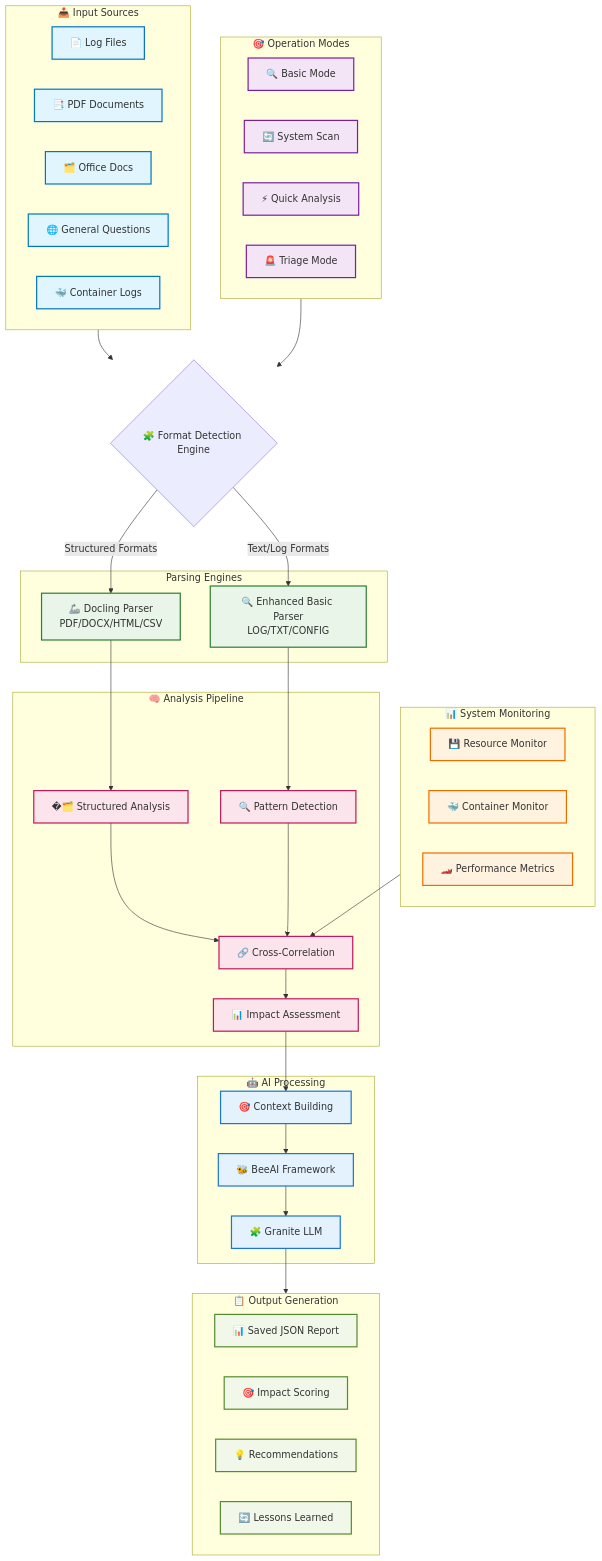
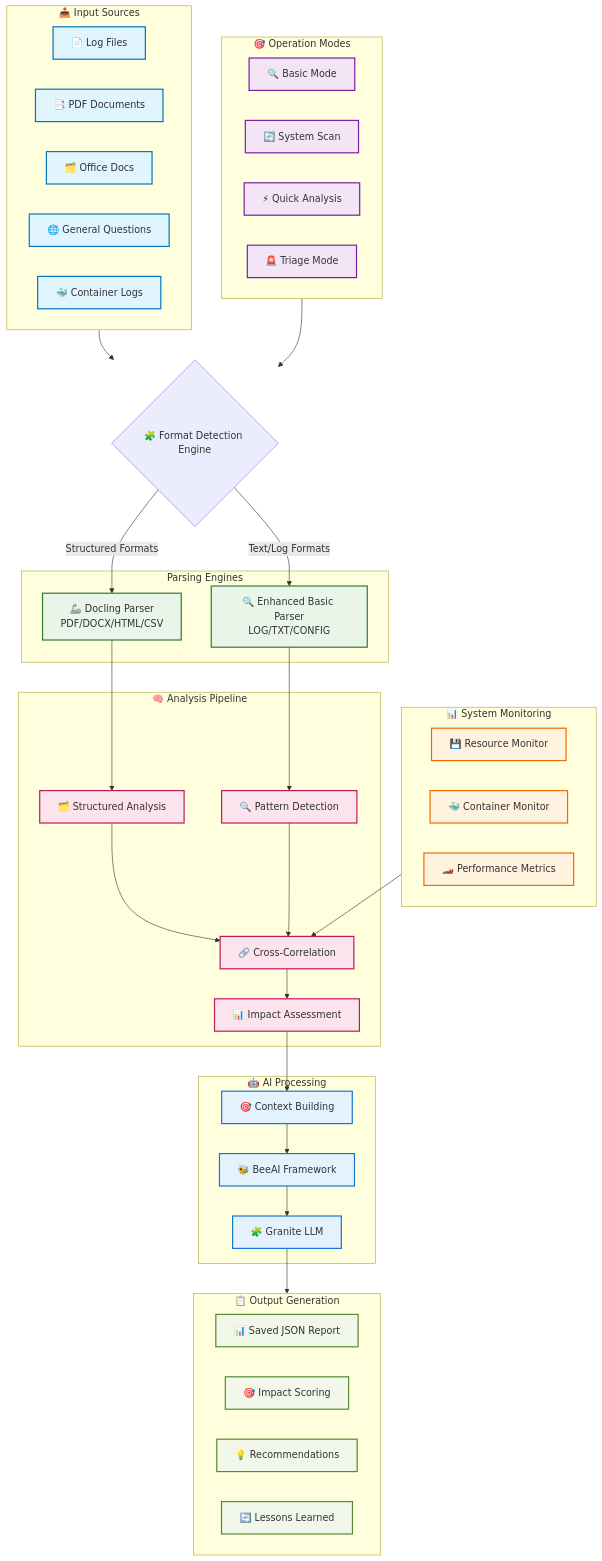
Before and after one commit to rockenman1234/GraniteRCA: the diagram in README.md, drawn with Mermaid.

```diff
--- a/README.md
+++ b/README.md
@@ -436,7 +436,7 @@
     
     %% Analysis Pipeline
     subgraph Analysis ["🧠 Analysis Pipeline"]
-        AN1[�🗂️ Structured Analysis]
+        AN1[🗂️ Structured Analysis]
         AN2[🔍 Pattern Detection]
         AN3[🔗 Cross-Correlation]
         AN4[📊 Impact Assessment]
```
